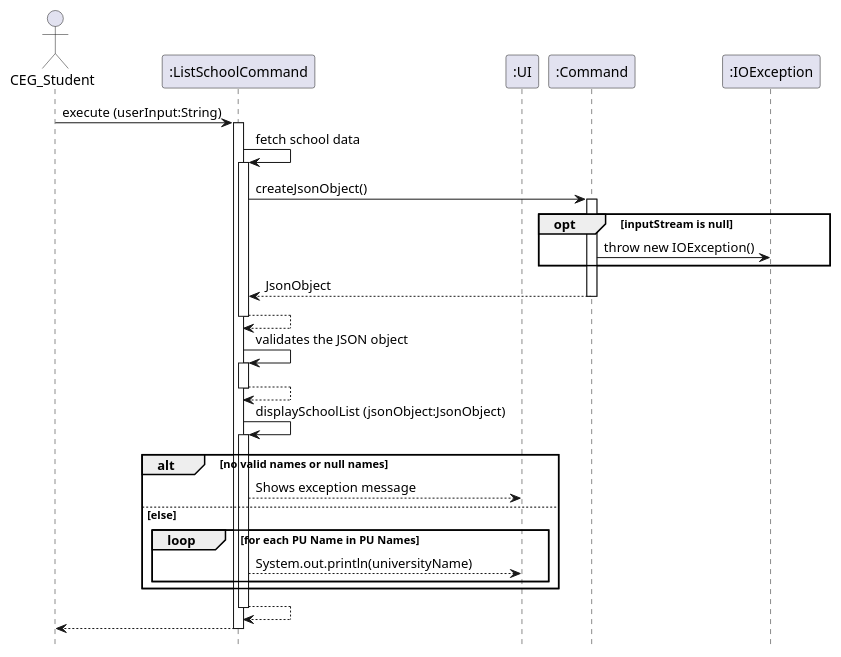
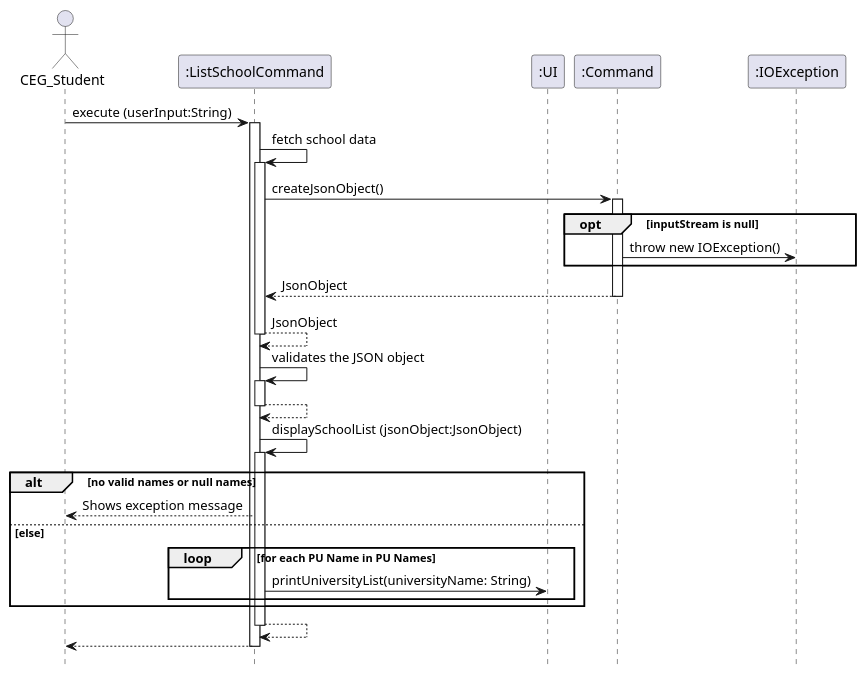
Before and after one commit to nus-cs2113-AY2425S1/tp: the diagram in docs/diagrams/ListSchoolsCommand.puml, drawn with PlantUML. The commit also changed 6 other files, not shown here.

```diff
--- a/docs/diagrams/ListSchoolsCommand.puml
+++ b/docs/diagrams/ListSchoolsCommand.puml
@@ -1,51 +1,51 @@
 @startuml
 
 hide footbox
 
 actor CEG_Student
 participant ":ListSchoolCommand" as ListSchoolCommand
 participant ":UI" as UI
 participant ":Command" as Command
 participant ":IOException" as IOException
 
 CEG_Student -> ListSchoolCommand: execute (userInput:String)
 activate ListSchoolCommand
 
 ListSchoolCommand -> ListSchoolCommand: fetch school data
 activate ListSchoolCommand
 
 ListSchoolCommand -> Command: createJsonObject()
 activate Command
 
 opt inputStream is null
     Command -> IOException: throw new IOException()
 end
 
 Command --> ListSchoolCommand: JsonObject
 deactivate Command
 
-ListSchoolCommand --> ListSchoolCommand
+ListSchoolCommand --> ListSchoolCommand: JsonObject
 deactivate ListSchoolCommand
 
 ListSchoolCommand -> ListSchoolCommand: validates the JSON object
 activate ListSchoolCommand
 ListSchoolCommand --> ListSchoolCommand
 deactivate ListSchoolCommand
 
 ListSchoolCommand -> ListSchoolCommand: displaySchoolList (jsonObject:JsonObject)
 activate ListSchoolCommand
 
 alt no valid names or null names
-    ListSchoolCommand --> UI: Shows exception message
+    ListSchoolCommand --> CEG_Student: Shows exception message
 else else
     loop for each PU Name in PU Names
-        ListSchoolCommand --> UI: System.out.println(universityName)
+        ListSchoolCommand -> UI: printUniversityList(universityName: String)
     end
 end
 
 ListSchoolCommand --> ListSchoolCommand
 deactivate ListSchoolCommand
 
 ListSchoolCommand --> CEG_Student
 deactivate ListSchoolCommand
 @enduml
```
